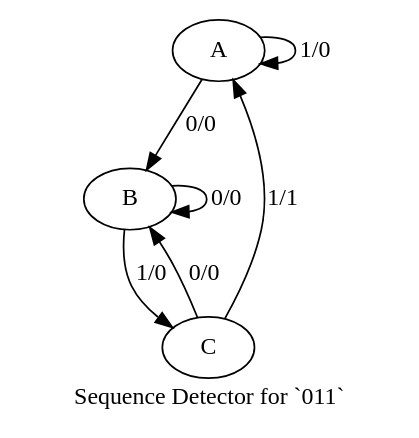
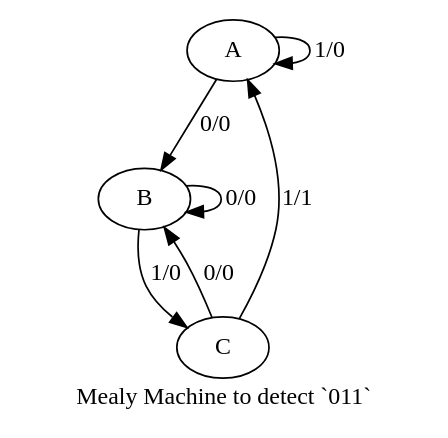
One commit to say4n/fsmutil changed the diagram in seq2fsm/output/mealy_fsm_for_011.dot. Above: the diagram before and after it, drawn with Graphviz. The commit also changed 13 other files, not shown here.

```diff
--- a/seq2fsm/output/mealy_fsm_for_011.dot
+++ b/seq2fsm/output/mealy_fsm_for_011.dot
@@ -1,15 +1,15 @@
 digraph "" {
-	graph [label="Sequence Detector for `011`"];
+	graph [label="Mealy Machine to detect `011`"];
 	A -> A [key=0,
 	label="1/0"];
 A -> B [key=0,
 label="0/0"];
 B -> B [key=0,
 label="0/0"];
 B -> C [key=0,
 label="1/0"];
 C -> A [key=0,
 label="1/1"];
 C -> B [key=0,
 label="0/0"];
 }
```
